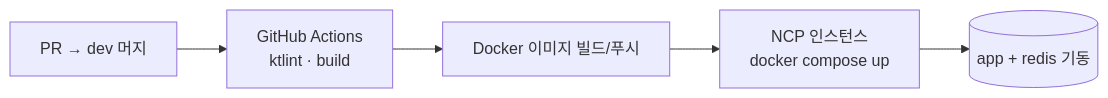
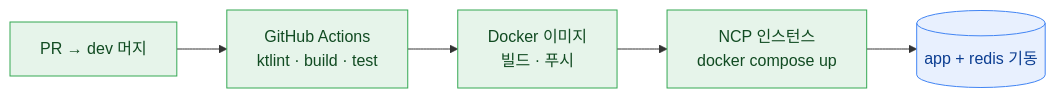
One commit to Digpot/Digda-server changed the fourth of 4 diagrams in README.md. Above: the diagram before and after it, drawn with Mermaid. The commit also changed other lines of this file, not shown here.

First line of the commit message:
@ docs(server): README 다이어그램 스타일링 + 로컬 실행 섹션 제거

````diff
--- a/README.md
+++ b/README.md
@@ -207,7 +170,10 @@
 ```mermaid
 flowchart LR
-    PR[PR → dev 머지] --> CI[GitHub Actions<br/>ktlint · build]
-    CI --> IMG[Docker 이미지 빌드/푸시]
-    IMG --> NCP[NCP 인스턴스<br/>docker compose up]
-    NCP --> RUN[(app + redis 기동)]
+    PR["PR → dev 머지"] --> CI["GitHub Actions<br/>ktlint · build · test"]
+    CI --> IMG["Docker 이미지<br/>빌드 · 푸시"]
+    IMG --> NCP["NCP 인스턴스<br/>docker compose up"]
+    NCP --> RUN[("app + redis 기동")]
+    classDef s fill:#E6F4EA,stroke:#34A853,color:#114B22;
+    classDef d fill:#E8F0FE,stroke:#4285F4,color:#0B3D91;
+    class PR,CI,IMG,NCP s; class RUN d;
 ```
````
